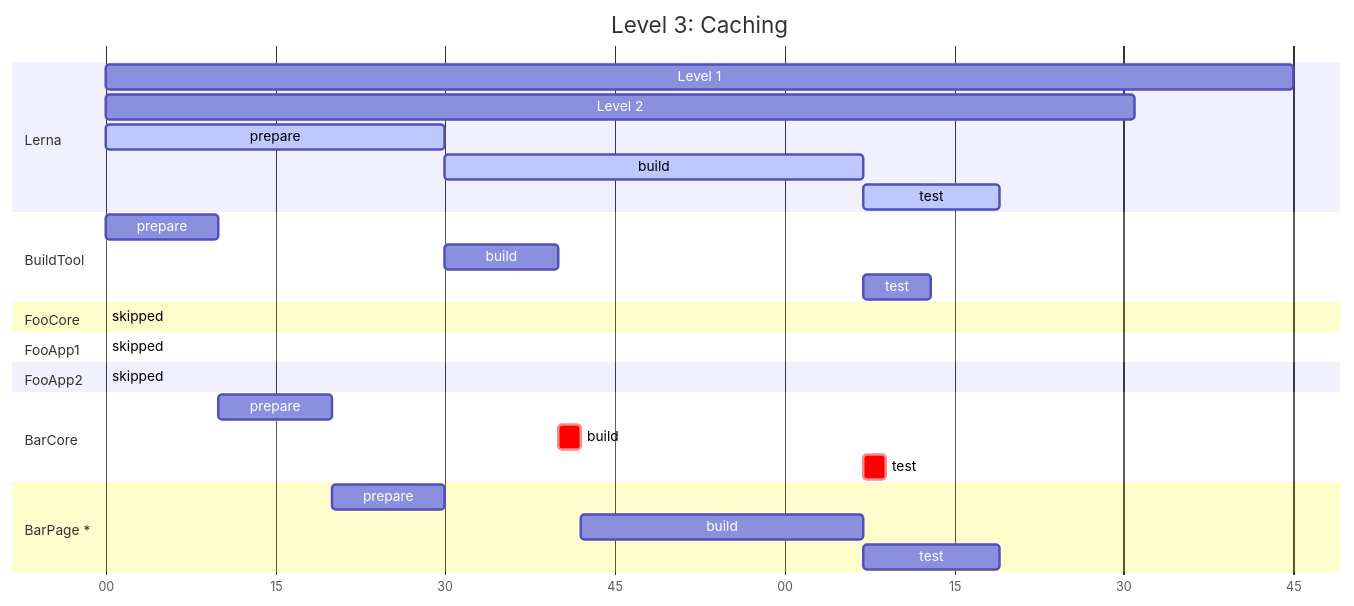
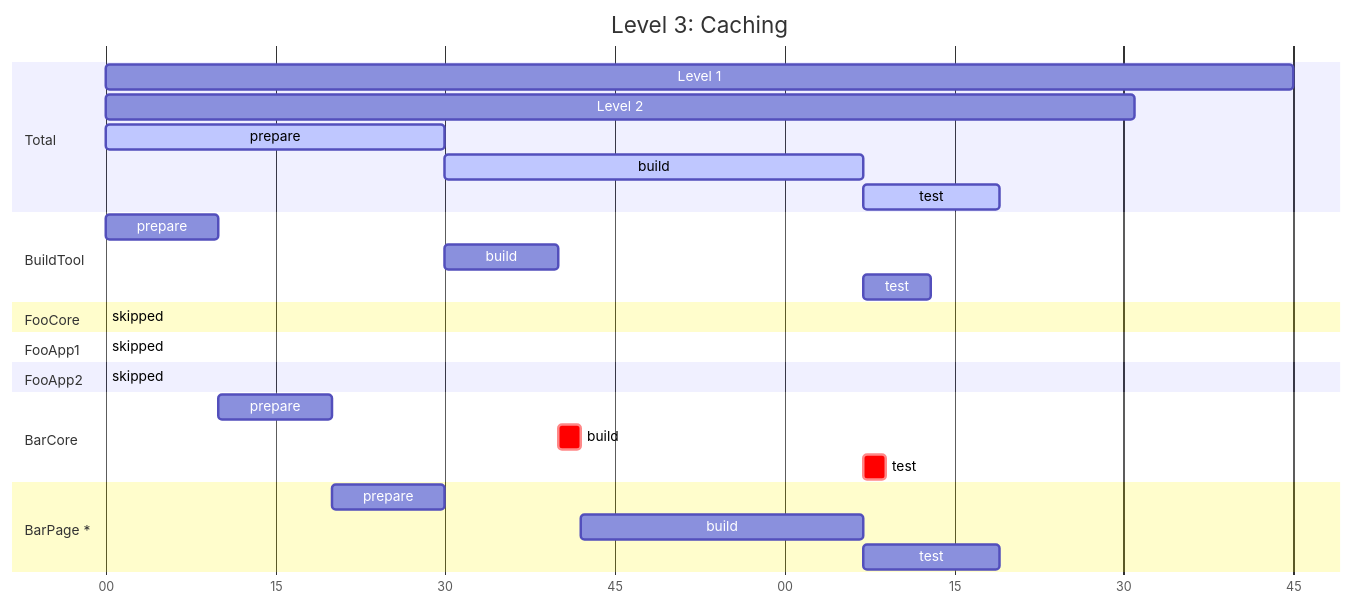
Before and after one commit to microsoft/lage: the fourth of 5 diagrams in docs/guide/levels.md, drawn with Mermaid. The commit also changed other lines of this file, not shown here.

````diff
--- a/docs/guide/levels.md
+++ b/docs/guide/levels.md
@@ -115,37 +115,37 @@
 ```mermaid
 gantt
 	title Level 3: Caching
 	dateFormat  s
   axisFormat  %S
 
-  section Lerna
+  section Total
 	Level 1: 0, 105s
 	Level 2: 0, 91s
-  prepare: active, lerna_prepare, 0, 30s
-	build  : active, lerna_build, after lerna_prepare, 37s
-  test  : active, lerna_test, after lerna_build, 12s
+  prepare: active, total_prepare, 0, 30s
+	build  : active, total_build, after total_prepare, 37s
+  test  : active, total_test, after total_build, 12s
 
 	section BuildTool
 	prepare: bt_prepare, 0, 10s
-	build  : bt_build, after lerna_prepare, 10s
-	test   : bt_test, after lerna_build, 6s
+	build  : bt_build, after total_prepare, 10s
+	test   : bt_test, after total_build, 6s
 
 	section FooCore
 	skipped: 0
 
   section FooApp1
 	skipped: 0
 
   section FooApp2
 	skipped: 0
 
   section BarCore
 	prepare: bc_prepare, after bt_prepare, 10s
 	build: crit, bc_build, after bt_build, 2s
-	test: crit, bc_test, after lerna_build, 2s
+	test: crit, bc_test, after total_build, 2s
 
   section BarPage *
 	prepare: bp_prepare, after bc_prepare, 10s
 	build: bp_build, after bc_build, 25s
-	test: bp_test, after lerna_build, 12s
+	test: bp_test, after total_build, 12s
 ```
````
